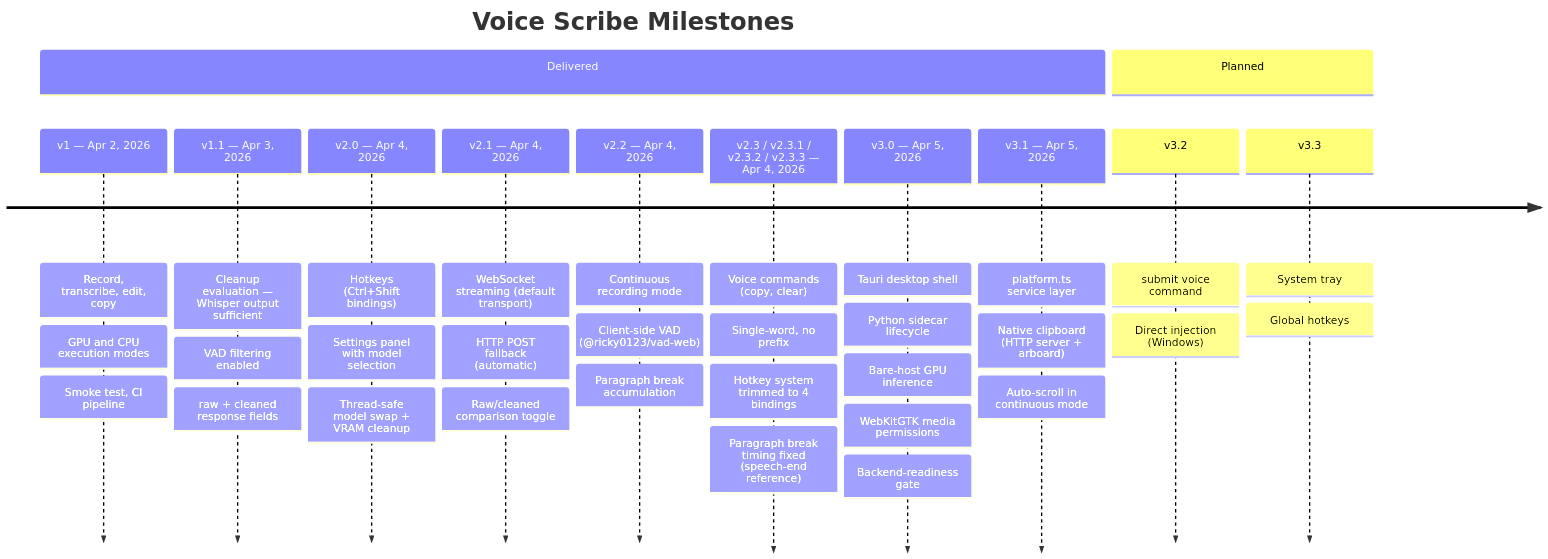
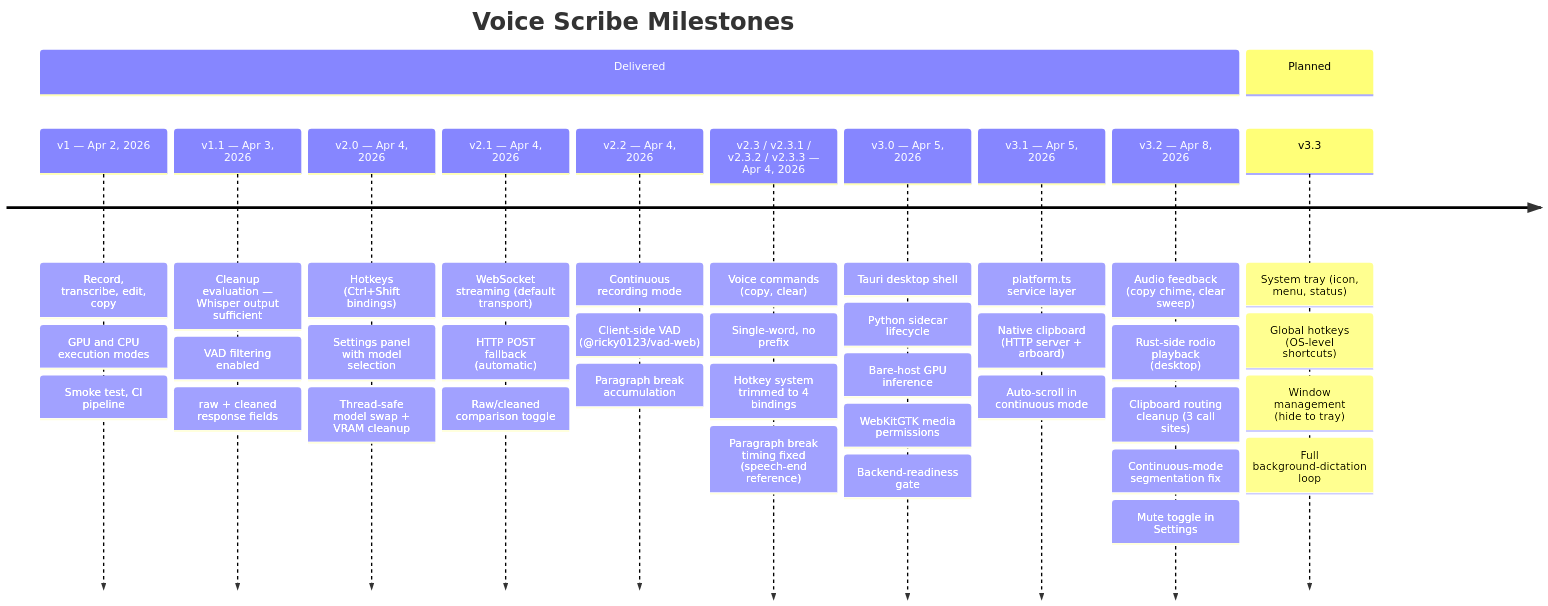
One commit to JohnYanez95/voice-scribe changed the diagram in docs/diagrams/milestone-timeline.mmd. Above: the diagram before and after it, drawn with Mermaid. The commit also changed 5 other files, not shown here.

First line of the commit message:
docs: v3.3 Phase 0 — update state machine, timeline, and component diagrams

```diff
--- a/docs/diagrams/milestone-timeline.mmd
+++ b/docs/diagrams/milestone-timeline.mmd
@@ -1,45 +1,50 @@
 timeline
     title Voice Scribe Milestones
     section Delivered
         v1 — Apr 2, 2026
             : Record, transcribe, edit, copy
             : GPU and CPU execution modes
             : Smoke test, CI pipeline
         v1.1 — Apr 3, 2026
             : Cleanup evaluation — Whisper output sufficient
             : VAD filtering enabled
             : raw + cleaned response fields
         v2.0 — Apr 4, 2026
             : Hotkeys (Ctrl+Shift bindings)
             : Settings panel with model selection
             : Thread-safe model swap + VRAM cleanup
         v2.1 — Apr 4, 2026
             : WebSocket streaming (default transport)
             : HTTP POST fallback (automatic)
             : Raw/cleaned comparison toggle
         v2.2 — Apr 4, 2026
             : Continuous recording mode
             : Client-side VAD (@ricky0123/vad-web)
             : Paragraph break accumulation
         v2.3 / v2.3.1 / v2.3.2 / v2.3.3 — Apr 4, 2026
             : Voice commands (copy, clear)
             : Single-word, no prefix
             : Hotkey system trimmed to 4 bindings
             : Paragraph break timing fixed (speech-end reference)
         v3.0 — Apr 5, 2026
             : Tauri desktop shell
             : Python sidecar lifecycle
             : Bare-host GPU inference
             : WebKitGTK media permissions
             : Backend-readiness gate
         v3.1 — Apr 5, 2026
             : platform.ts service layer
             : Native clipboard (HTTP server + arboard)
             : Auto-scroll in continuous mode
+        v3.2 — Apr 8, 2026
+            : Audio feedback (copy chime, clear sweep)
+            : Rust-side rodio playback (desktop)
+            : Clipboard routing cleanup (3 call sites)
+            : Continuous-mode segmentation fix
+            : Mute toggle in Settings
     section Planned
-        v3.2
-            : submit voice command
-            : Direct injection (Windows)
         v3.3
-            : System tray
-            : Global hotkeys
+            : System tray (icon, menu, status)
+            : Global hotkeys (OS-level shortcuts)
+            : Window management (hide to tray)
+            : Full background-dictation loop
```
